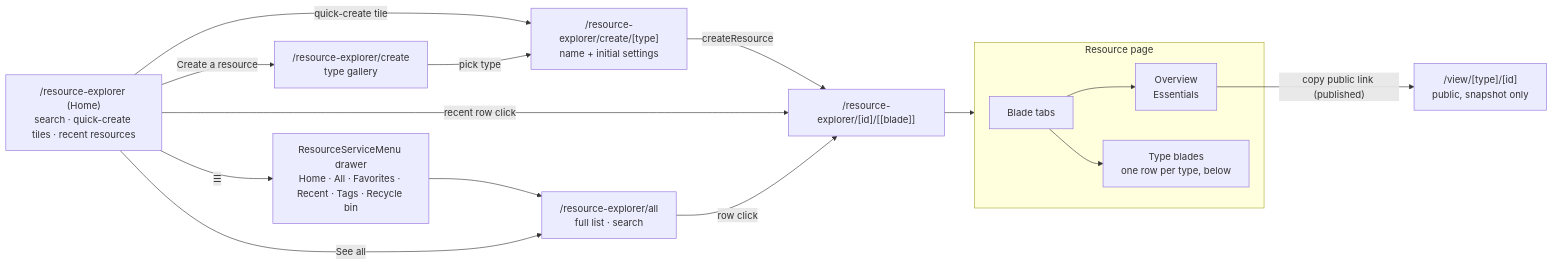
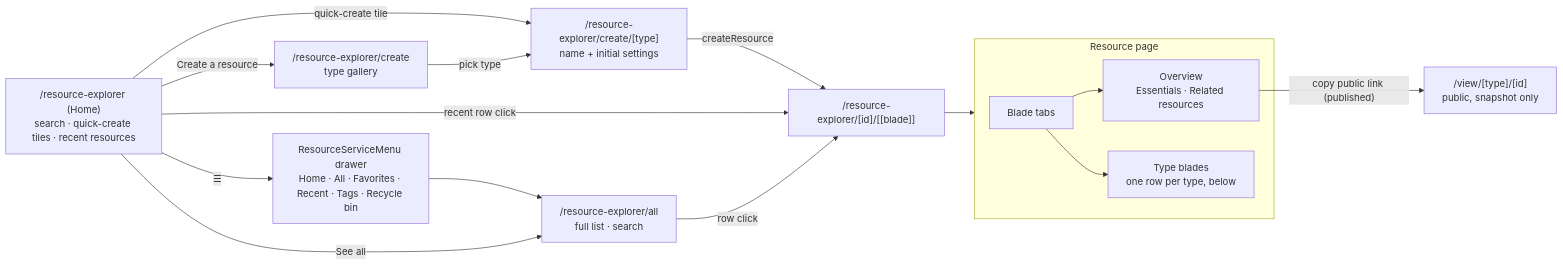
One commit to Esposter/Esposter changed the first of 2 diagrams in apps/web/content/docs/resource/explorer.md. Above: the diagram before and after it, drawn with Mermaid. The commit also changed other lines of this file and 23 other files, not shown here.

````diff
--- a/apps/web/content/docs/resource/explorer.md
+++ b/apps/web/content/docs/resource/explorer.md
@@ -42,21 +42,21 @@
 ```mermaid
 flowchart LR
   HOME["/resource-explorer (Home)<br/>search · quick-create tiles · recent resources"]
   HOME -->|☰| SMENU["ResourceServiceMenu drawer<br/>Home · All · Favorites · Recent · Tags · Recycle bin"]
   SMENU --> ALL["/resource-explorer/all<br/>full list · search"]
   HOME -->|See all| ALL
   HOME -->|Create a resource| CREATE["/resource-explorer/create<br/>type gallery"]
   HOME -->|quick-create tile| CFORM["/resource-explorer/create/[type]<br/>name + initial settings"]
   CREATE -->|pick type| CFORM
   CFORM -->|createResource| RES["/resource-explorer/[id]/[[blade]]"]
   HOME -->|recent row click| RES
   ALL -->|row click| RES
 
   subgraph bladepage [Resource page]
-    MENU["Blade tabs"] --> OV["Overview<br/>Essentials"]
+    MENU["Blade tabs"] --> OV["Overview<br/>Essentials · Related resources"]
     MENU --> TB["Type blades<br/>one row per type, below"]
   end
 
   RES --> bladepage
   OV -->|"copy public link (published)"| VIEW["/view/[type]/[id]<br/>public, snapshot only"]
 ```
````
